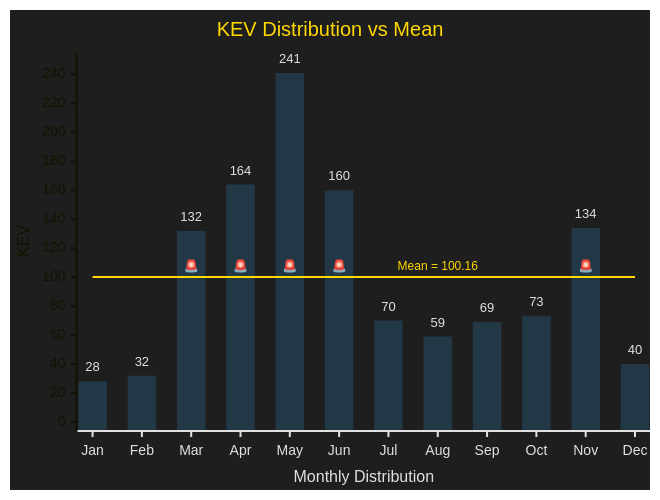
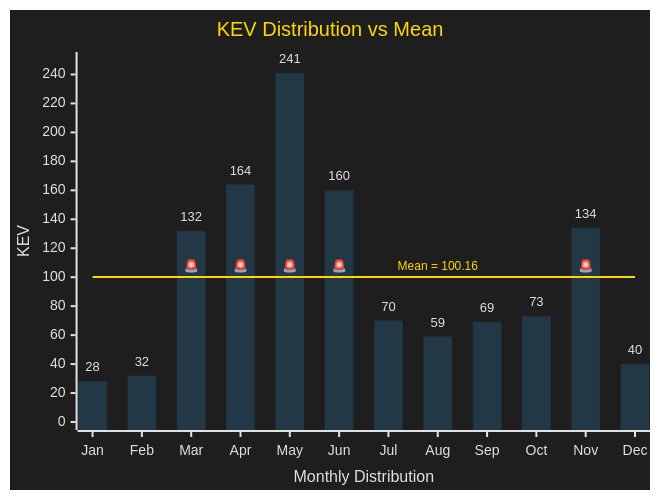
Before and after one commit to myseq/makeshift: the diagram in mdfiles/cisakev36m.md, drawn with Mermaid.

Commit message:
updated data

````diff
--- a/mdfiles/cisakev36m.md
+++ b/mdfiles/cisakev36m.md
@@ -3,30 +3,34 @@
 ```mermaid
 ---
 config:
     xyChart:
         width: 640
         height: 480
         showLegend: true
         showDataLabel: true
         showDataLabelOutsideBar: true
     themeVariables:
         xyChart:
             backgroundColor: "#1e1e1e"
             titleColor: "#ffd800"
             dataLabelColor: "#e1e1e1"
             plotColorPalette: '#36A2EB33, #ffd800'
             xAxisLabelColor: "#e1e1e1"
             xAxisTitleColor: "#e1e1e1"
             xAxisTickColor: "#e1e1e1"
             xAxisLineColor: "#e1e1e1"
+            yAxisLabelColor: "#e1e1e1"
+            yAxisTitleColor: "#e1e1e1"
+            yAxisTickColor: "#e1e1e1"
+            yAxisLineColor: "#e1e1e1"
 
 
 ---
 xychart
     title "KEV Distribution vs Mean"
     x-axis "Monthly Distribution" [Jan, Feb, Mar, Apr, May, Jun, Jul, Aug, Sep, Oct, Nov, Dec]
     y-axis "KEV"  0 --> 250
     bar "month" [28, 32, 132, 164, 241, 160, 70, 59, 69, 73, 134, 40]
     line "mean" [100.16, 100.16, 100.16 "🚨", 100.16 "🚨", 100.16 "🚨", 100.16 "🚨", 100.16, 100.16 "Mean = 100.16", 100.16, 100.16, 100.16 "🚨", 100.16]
 
 ```
````
